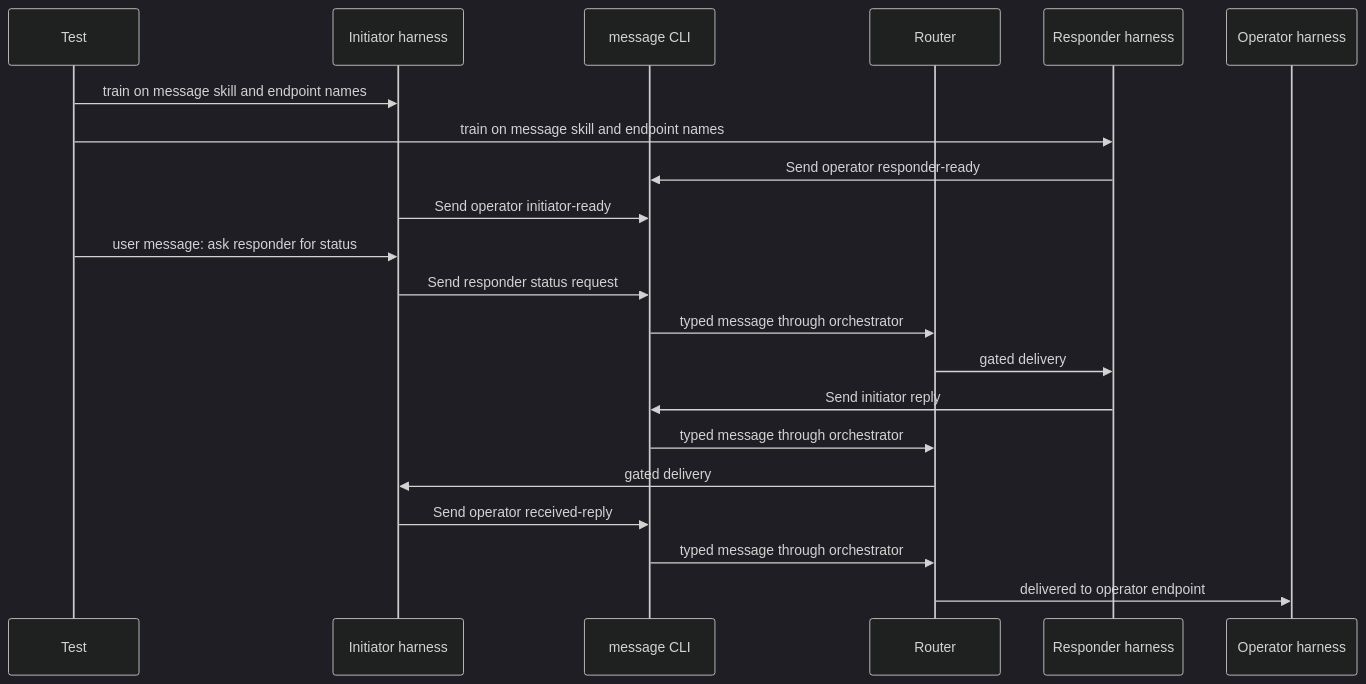
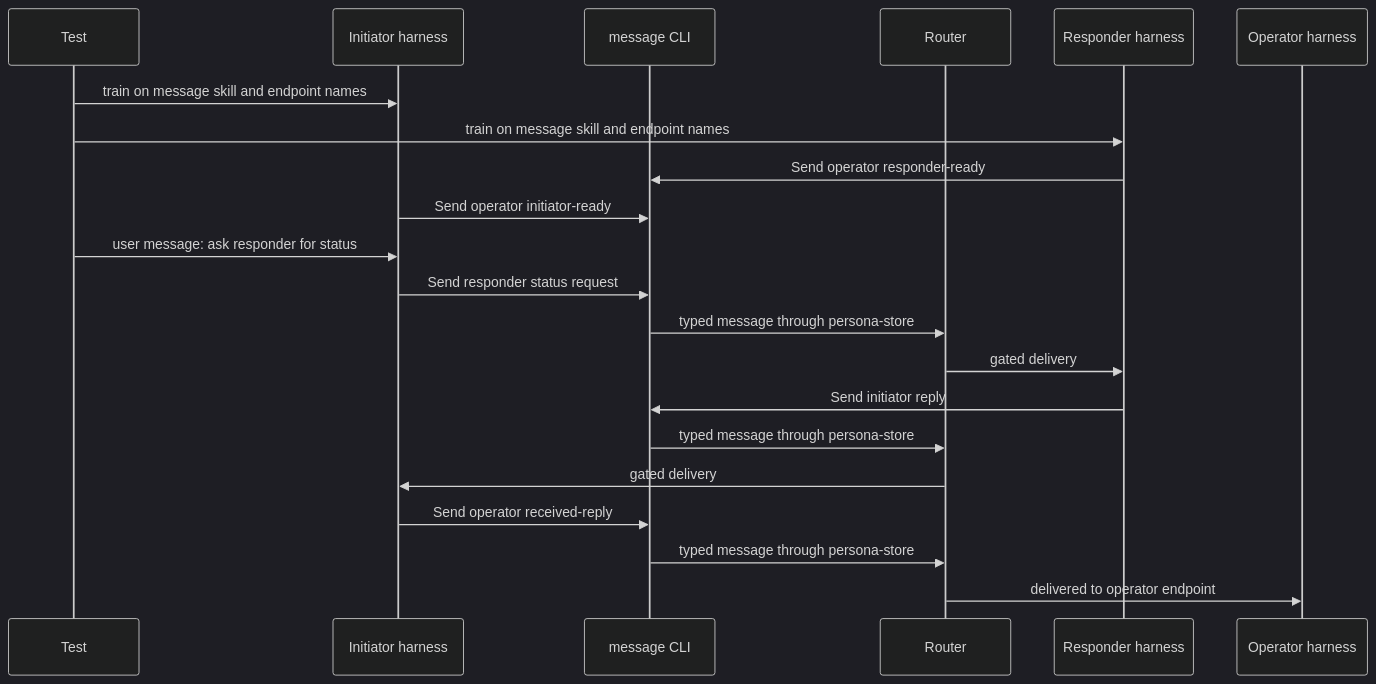
One commit to LiGoldragon/primary changed diagram 14 of 16 in reports/operator/9-persona-message-router-architecture.md. Above: the diagram before and after it, drawn with Mermaid (dark theme). The commit also changed other lines of this file and 1 other file, not shown here.

Commit message:
address Persona router architecture audit

````diff
--- a/reports/operator/9-persona-message-router-architecture.md
+++ b/reports/operator/9-persona-message-router-architecture.md
@@ -463,24 +494,24 @@
 ```mermaid
 sequenceDiagram
     participant T as Test
     participant A as Initiator harness
     participant M as message CLI
     participant R as Router
     participant B as Responder harness
     participant O as Operator harness
 
     T->>A: train on message skill and endpoint names
     T->>B: train on message skill and endpoint names
     B->>M: Send operator responder-ready
     A->>M: Send operator initiator-ready
     T->>A: user message: ask responder for status
     A->>M: Send responder status request
-    M->>R: typed message through orchestrator
+    M->>R: typed message through persona-store
     R->>B: gated delivery
     B->>M: Send initiator reply
-    M->>R: typed message through orchestrator
+    M->>R: typed message through persona-store
     R->>A: gated delivery
     A->>M: Send operator received-reply
-    M->>R: typed message through orchestrator
+    M->>R: typed message through persona-store
     R->>O: delivered to operator endpoint
 ```
````
